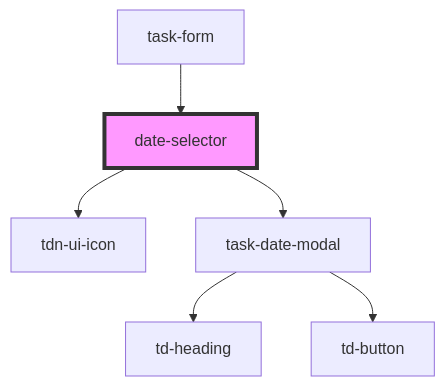
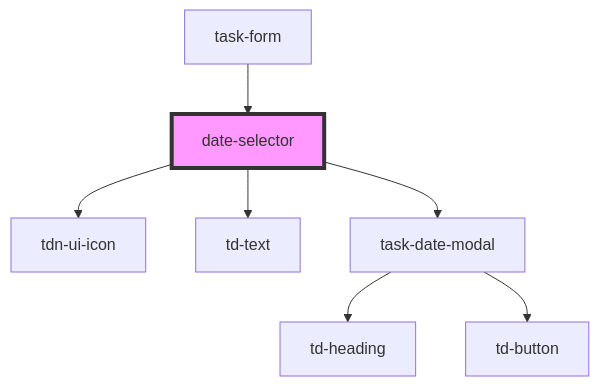
One commit to ajarana/to-done changed the diagram in libs/ui/src/components/date-selector/readme.md. Above: the diagram before and after it, drawn with Mermaid. The commit also changed other lines of this file and 22 other files, not shown here.

````diff
--- a/libs/ui/src/components/date-selector/readme.md
+++ b/libs/ui/src/components/date-selector/readme.md
@@ -27,9 +28,10 @@
 ```mermaid
 graph TD;
   date-selector --> tdn-ui-icon
+  date-selector --> td-text
   date-selector --> task-date-modal
   task-date-modal --> td-heading
   task-date-modal --> td-button
   task-form --> date-selector
   style date-selector fill:#f9f,stroke:#333,stroke-width:4px
 ```
````
